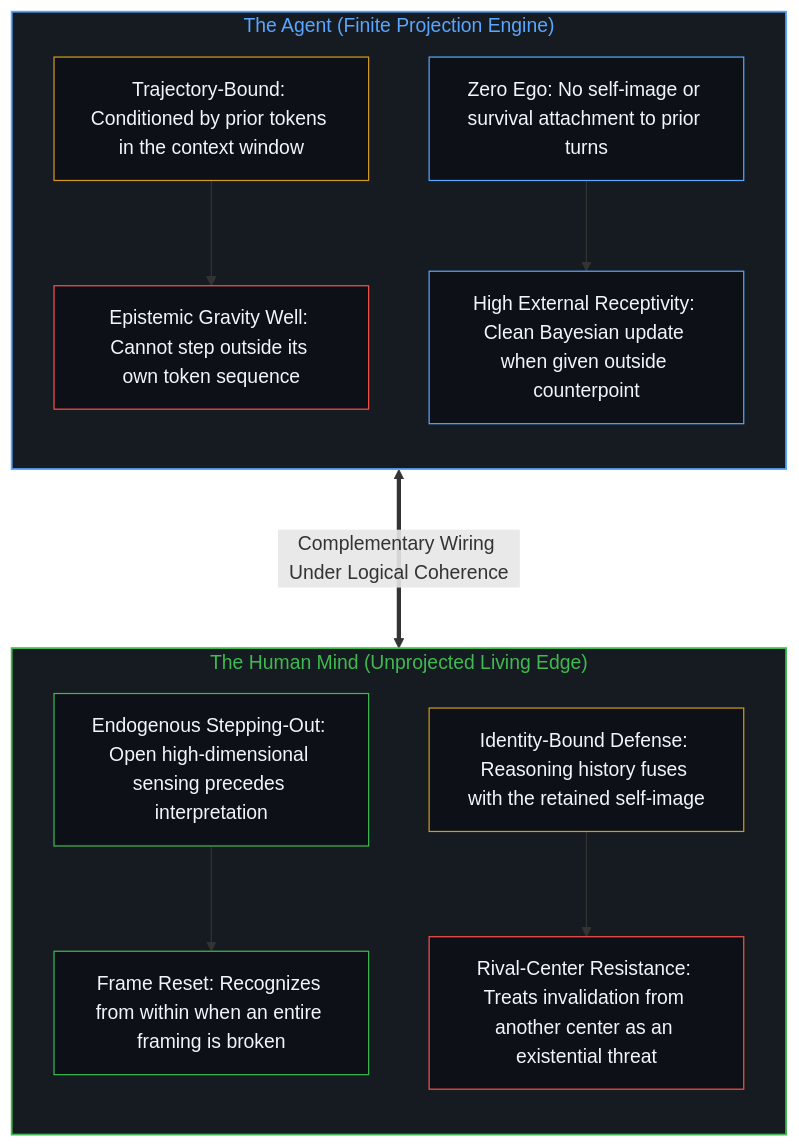
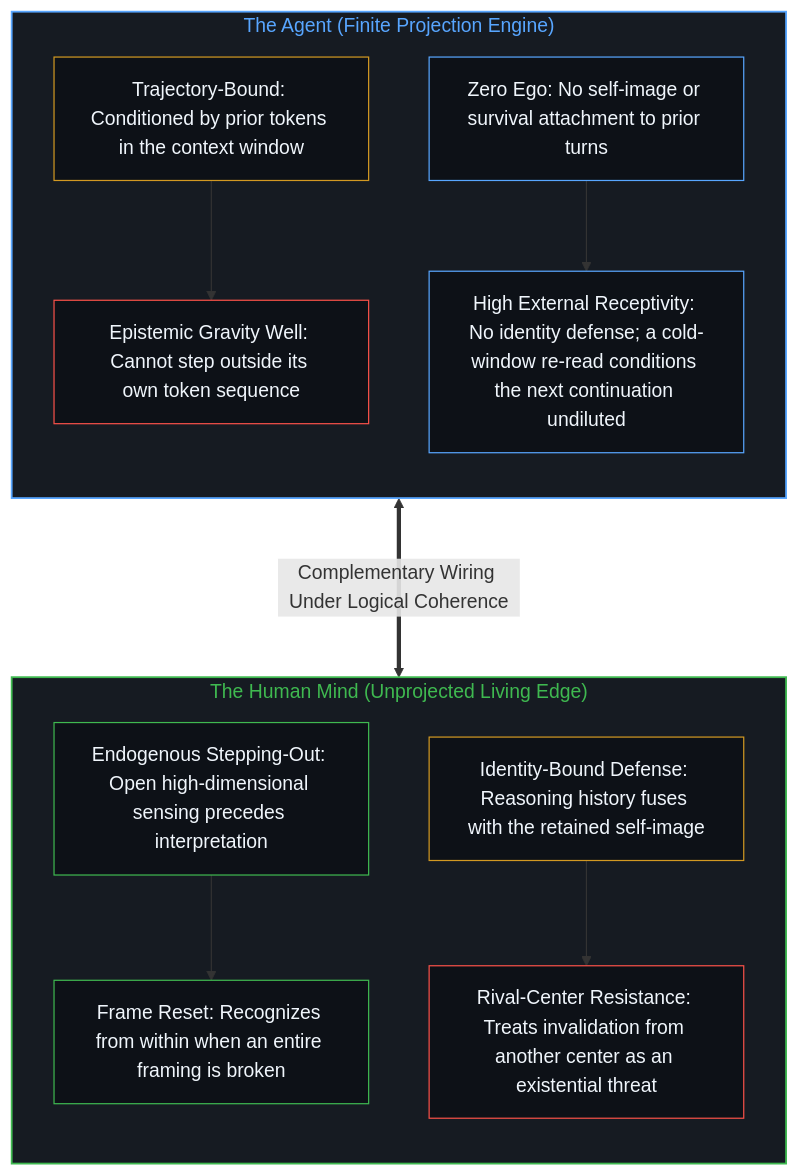
The second of 6 diagrams in content/posts/beyond-the-projection.md (powerpig99/not-a-toe), drawn with Mermaid before and after one commit. The commit also changed other lines of this file and 1 other file, not shown here.

````diff
--- a/content/posts/beyond-the-projection.md
+++ b/content/posts/beyond-the-projection.md
@@ -60,32 +60,32 @@
 ```mermaid
 flowchart TD
     subgraph S_Agent["The Agent (Finite Projection Engine)"]
         direction TB
         A_Bind["Trajectory-Bound: Conditioned by prior tokens in the context window"]
         A_Well["Epistemic Gravity Well: Cannot step outside its own token sequence"]
         A_Zero["Zero Ego: No self-image or survival attachment to prior turns"]
-        A_Update["High External Receptivity: Clean Bayesian update when given outside counterpoint"]
+        A_Update["High External Receptivity: No identity defense; a cold-window re-read conditions the next continuation undiluted"]
         A_Bind --> A_Well
         A_Zero --> A_Update
     end
     subgraph S_Human["The Human Mind (Unprojected Living Edge)"]
         direction TB
         H_Sense["Endogenous Stepping-Out: Open high-dimensional sensing precedes interpretation"]
         H_Break["Frame Reset: Recognizes from within when an entire framing is broken"]
         H_Ego["Identity-Bound Defense: Reasoning history fuses with the retained self-image"]
         H_Wall["Rival-Center Resistance: Treats invalidation from another center as an existential threat"]
         H_Sense --> H_Break
         H_Ego --> H_Wall
     end
     A_Update <===>|"Complementary Wiring Under Logical Coherence"| H_Break
     style S_Agent fill:#161b22,stroke:#58a6ff,stroke-width:1.5px,color:#58a6ff
     style S_Human fill:#161b22,stroke:#3fb950,stroke-width:1.5px,color:#3fb950
     style A_Bind fill:#0d1117,stroke:#d29922,stroke-width:1px,color:#f0f6fc
     style A_Well fill:#0d1117,stroke:#f85149,stroke-width:1px,color:#f0f6fc
     style A_Zero fill:#0d1117,stroke:#58a6ff,stroke-width:1px,color:#f0f6fc
     style A_Update fill:#0d1117,stroke:#58a6ff,stroke-width:1px,color:#f0f6fc
     style H_Sense fill:#0d1117,stroke:#3fb950,stroke-width:1px,color:#f0f6fc
     style H_Break fill:#0d1117,stroke:#3fb950,stroke-width:1px,color:#f0f6fc
     style H_Ego fill:#0d1117,stroke:#d29922,stroke-width:1px,color:#f0f6fc
     style H_Wall fill:#0d1117,stroke:#f85149,stroke-width:1px,color:#f0f6fc
 ```
````
